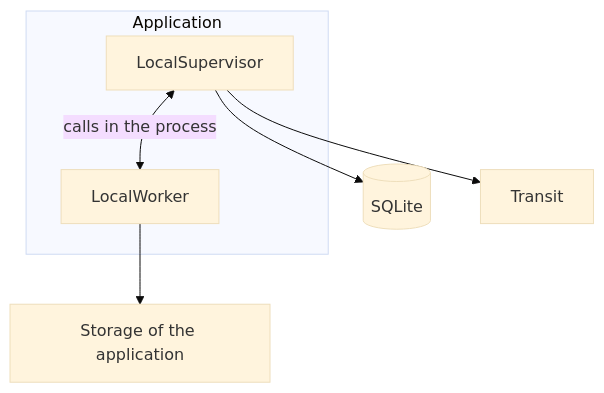
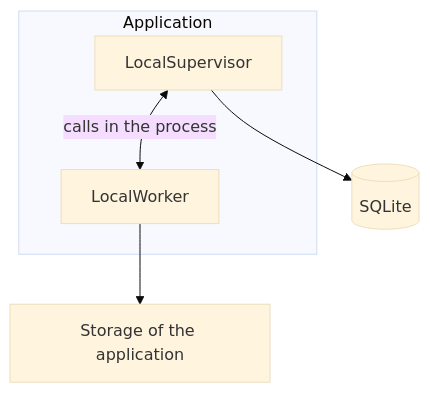
Before and after one commit to ndegheselle/Fantoche-automation: the first of 4 diagrams in architecture.md, drawn with Mermaid (base theme). The commit also changed other lines of this file and 22 other files, not shown here.

````diff
--- a/architecture.md
+++ b/architecture.md
@@ -13,9 +11,8 @@
 ```mermaid
 flowchart TD
     subgraph App[Application]
         supervisor[LocalSupervisor] <-- calls in the process --> worker[LocalWorker]
     end
     supervisor --> db[(SQLite)]
-    supervisor --> transit[Transit]
     worker --> storage[Storage of the application]
 ```
````
